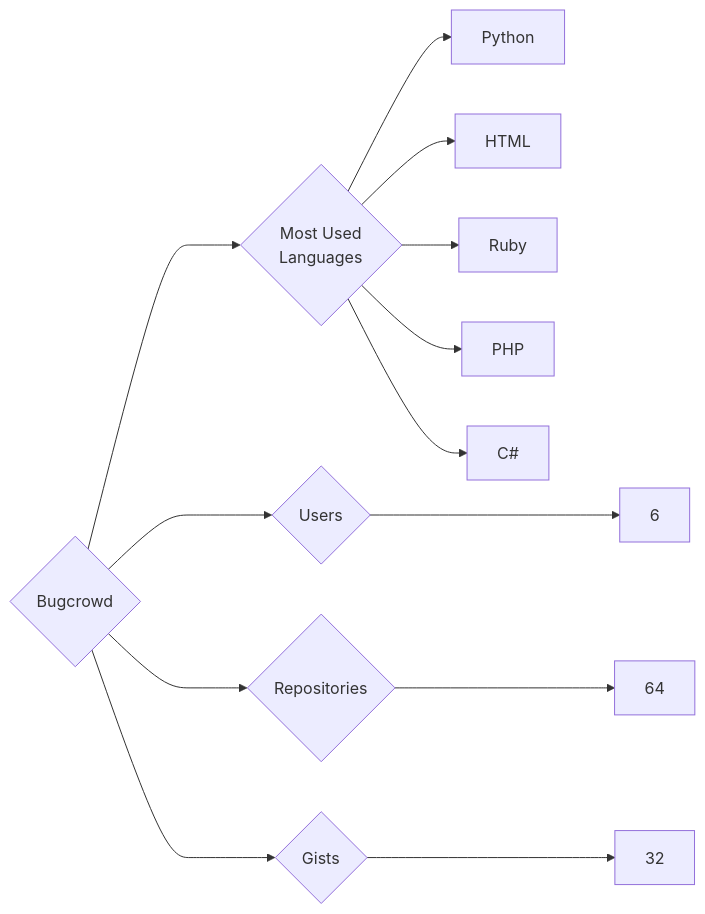
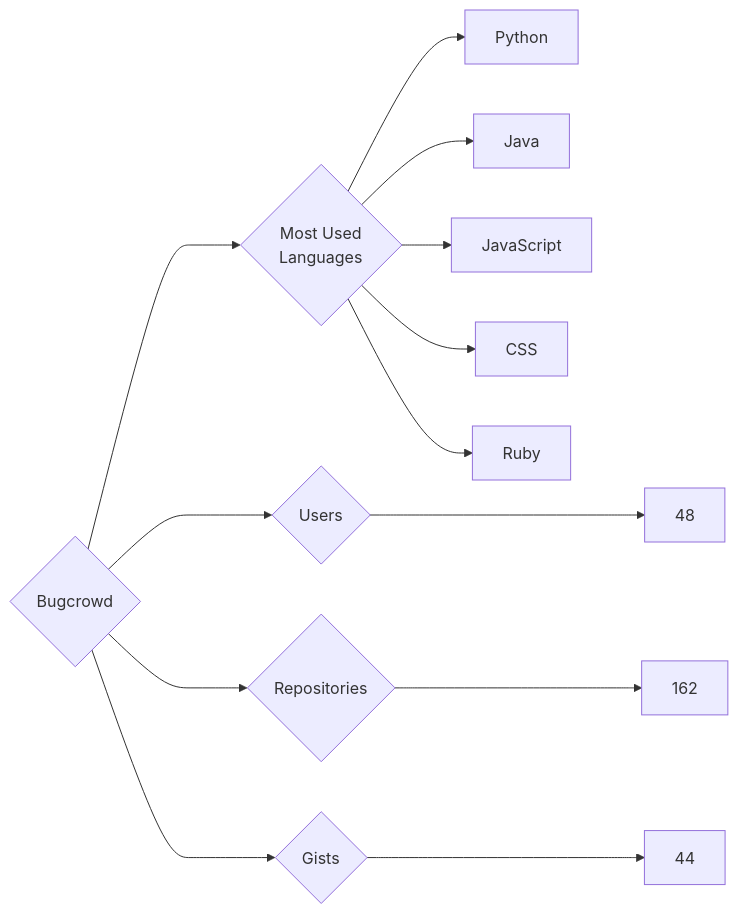
The diagram in targets/Bugcrowd/README.md (trickest/insiders), drawn with Mermaid before and after one commit. The commit also changed 900 other files, not shown here.

````diff
--- a/targets/Bugcrowd/README.md
+++ b/targets/Bugcrowd/README.md
@@ -3,13 +3,13 @@
 ```mermaid
 graph LR
 COMPANY_NAME{Bugcrowd}
-COMPANY_NAME ---> U{Users} ---> UN[6]
-COMPANY_NAME ---> R{Repositories} ---> RN[64]
-COMPANY_NAME ---> G{Gists} ---> GN[32]
+COMPANY_NAME ---> U{Users} ---> UN[48]
+COMPANY_NAME ---> R{Repositories} ---> RN[162]
+COMPANY_NAME ---> G{Gists} ---> GN[44]
 COMPANY_NAME ---> ML{Most Used<br>Languages}
 ML --> Python[Python]
-ML --> HTML[HTML]
+ML --> Java[Java]
+ML --> JavaScript[JavaScript]
+ML --> CSS[CSS]
 ML --> Ruby[Ruby]
-ML --> PHP[PHP]
-ML --> C#[C#]
 ```
````
